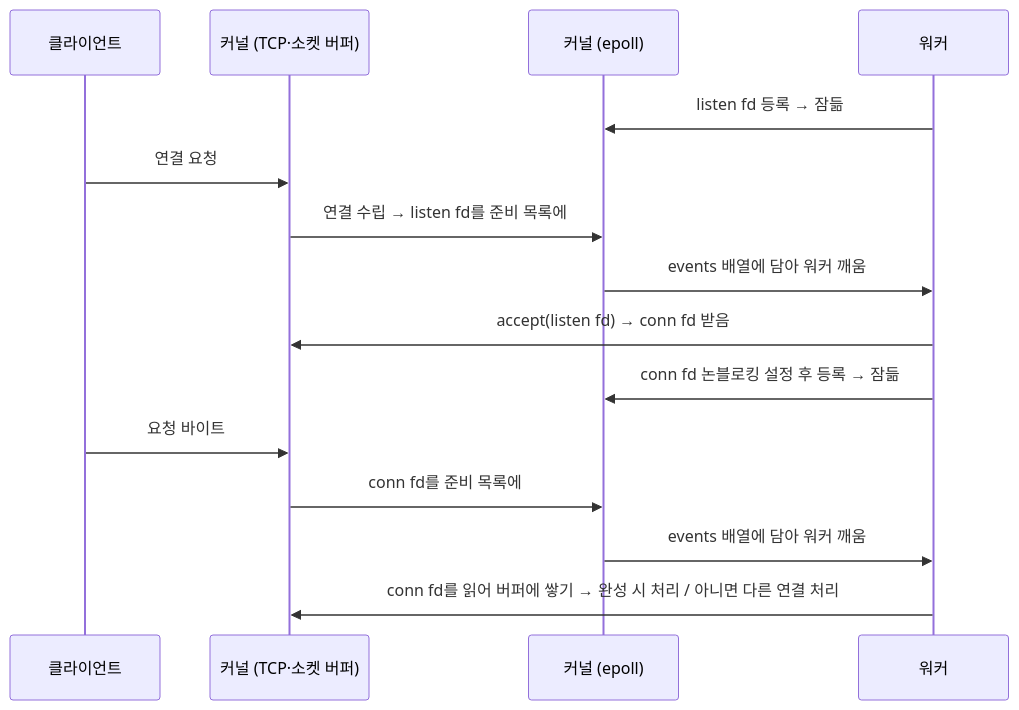
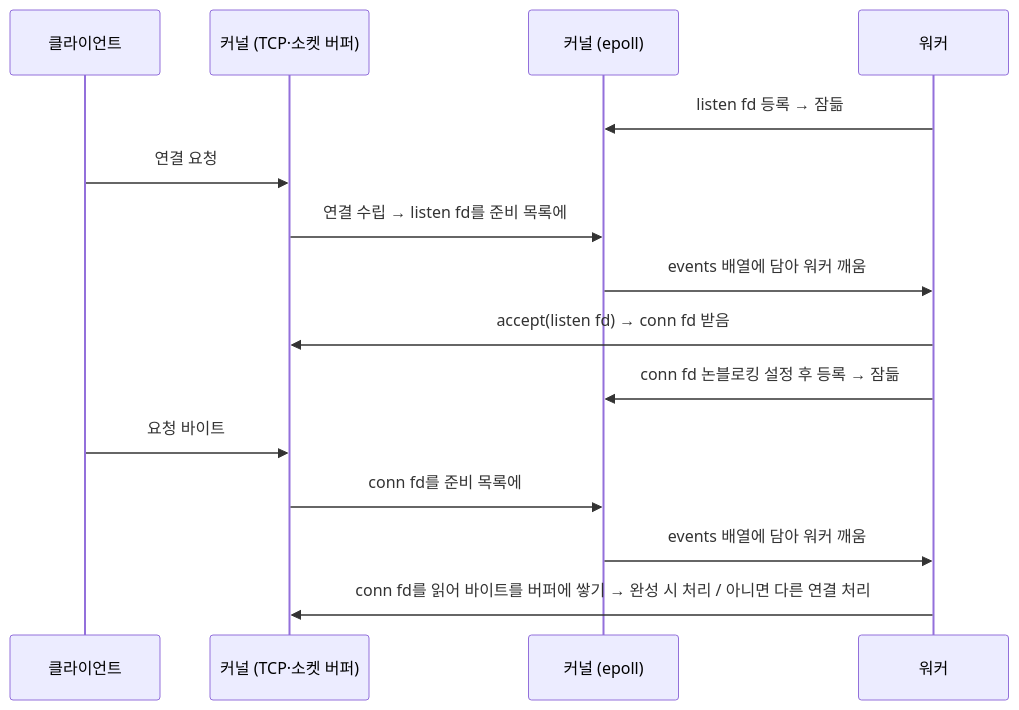
The first of 2 diagrams in README.md (choimoohun/SW-AI-W13-Web-Server), drawn with Mermaid before and after one commit.

````diff
--- a/README.md
+++ b/README.md
@@ -43,20 +43,20 @@
 ```mermaid
 sequenceDiagram
     participant C as 클라이언트
     participant K as 커널 (TCP·소켓 버퍼)
     participant E as 커널 (epoll)
     participant W as 워커
 
     W->>E: listen fd 등록 → 잠듦
 
     C->>K: 연결 요청
     K->>E: 연결 수립 → listen fd를 준비 목록에
     E->>W: events 배열에 담아 워커 깨움
     W->>K: accept(listen fd) → conn fd 받음
     W->>E: conn fd 논블로킹 설정 후 등록 → 잠듦
 
     C->>K: 요청 바이트
     K->>E: conn fd를 준비 목록에
     E->>W: events 배열에 담아 워커 깨움
-    W->>K: conn fd를 읽어 버퍼에 쌓기 → 완성 시 처리 / 아니면 다른 연결 처리
+    W->>K: conn fd를 읽어 바이트를 버퍼에 쌓기 → 완성 시 처리 / 아니면 다른 연결 처리
 ```
````
